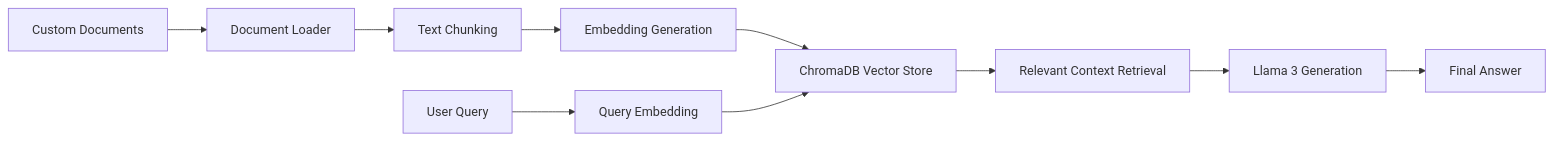
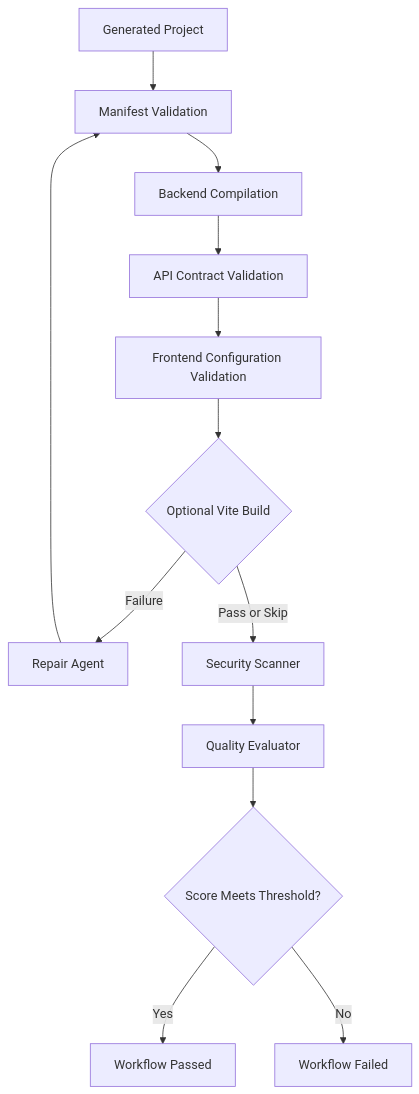
Before and after one commit to venkatkoushik22/Secure-Local-RAG-Private-Document-Intelligence-Platform: the second of 2 diagrams in README.md, drawn with Mermaid. The commit also changed other lines of this file, not shown here.

First line of the commit message:
Revise README with project overview and architecture

````diff
--- a/README.md
+++ b/README.md
@@ -36,12 +254,18 @@
 ```mermaid
-flowchart LR
-    A[Custom Documents] --> B[Document Loader]
-    B --> C[Text Chunking]
-    C --> D[Embedding Generation]
-    D --> E[ChromaDB Vector Store]
-    F[User Query] --> G[Query Embedding]
-    G --> E
-    E --> H[Relevant Context Retrieval]
-    H --> I[Llama 3 Generation]
-    I --> J[Final Answer]
+flowchart TD
+    A[Generated Project] --> B[Manifest Validation]
+    B --> C[Backend Compilation]
+    C --> D[API Contract Validation]
+    D --> E[Frontend Configuration Validation]
+    E --> F{Optional Vite Build}
+
+    F -->|Failure| G[Repair Agent]
+    G --> B
+
+    F -->|Pass or Skip| H[Security Scanner]
+    H --> I[Quality Evaluator]
+    I --> J{Score Meets Threshold?}
+
+    J -->|Yes| K[Workflow Passed]
+    J -->|No| L[Workflow Failed]
 ```
````
